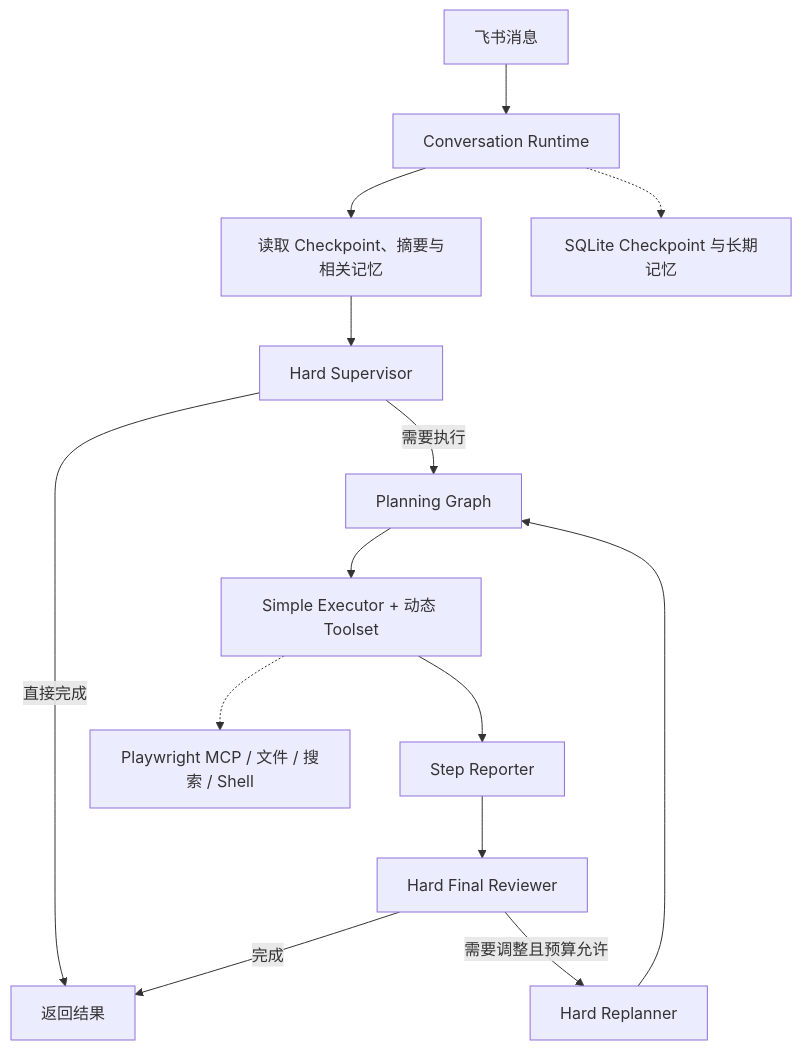
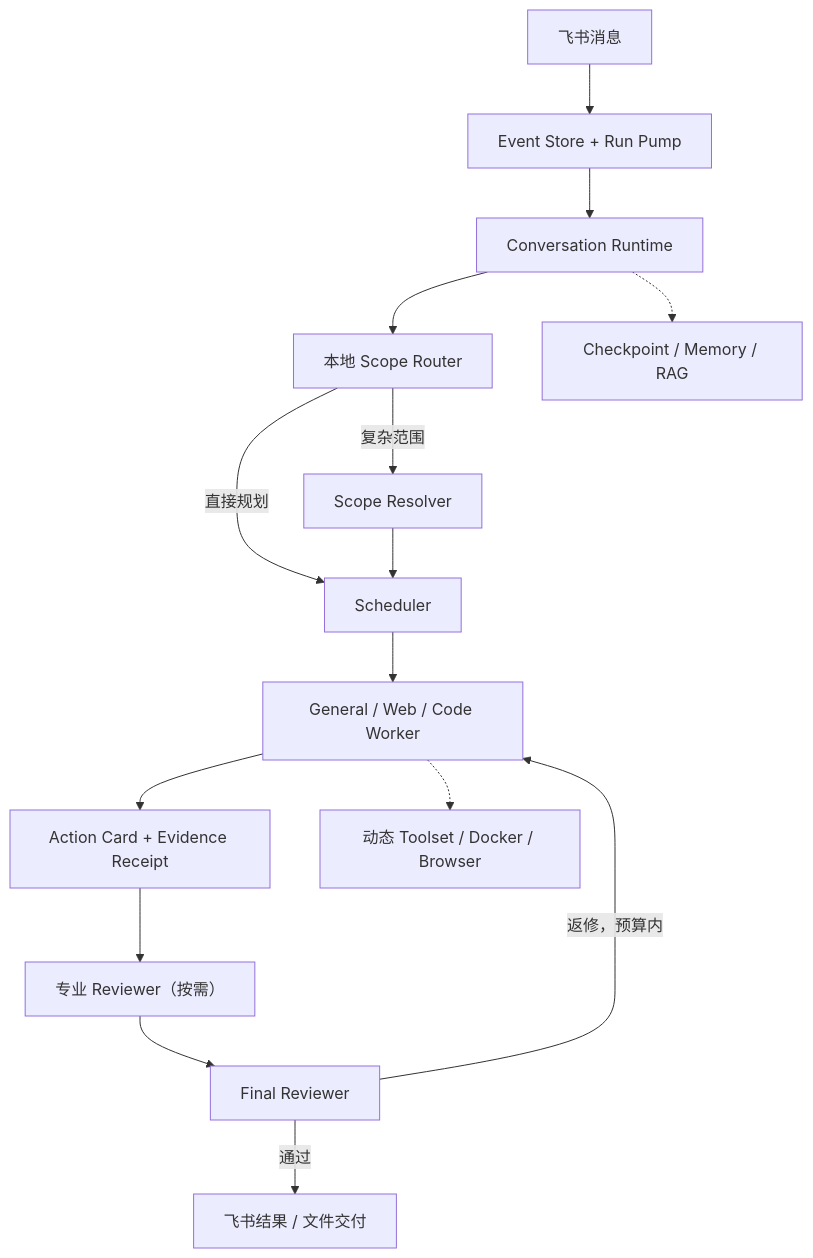
One commit to Huanz86251/personalops-agent changed the diagram in README.md. Above: the diagram before and after it, drawn with Mermaid. The commit also changed other lines of this file and 507 other files, not shown here.

Commit message:
Publish PersonalOps runtime and RAG workflow

````diff
--- a/README.md
+++ b/README.md
@@ -130,16 +213,17 @@
 ```mermaid
 flowchart TD
-    A["飞书消息"] --> B["Conversation Runtime"]
-    B --> C["读取 Checkpoint、摘要与相关记忆"]
-    C --> D["Hard Supervisor"]
-    D -->|直接完成| H["返回结果"]
-    D -->|需要执行| E["Planning Graph"]
-    E --> F["Simple Executor + 动态 Toolset"]
-    F --> G["Step Reporter"]
-    G --> I["Hard Final Reviewer"]
-    I -->|完成| H
-    I -->|需要调整且预算允许| J["Hard Replanner"]
-    J --> E
-    F -.-> K["Playwright MCP / 文件 / 搜索 / Shell"]
-    B -.-> L["SQLite Checkpoint 与长期记忆"]
+    A["飞书消息"] --> A1["Event Store + Run Pump"]
+    A1 --> B["Conversation Runtime"]
+    B --> C["本地 Scope Router"]
+    C -->|复杂范围| D["Scope Resolver"]
+    C -->|直接规划| E["Scheduler"]
+    D --> E
+    E --> F["General / Web / Code Worker"]
+    F --> G["Action Card + Evidence Receipt"]
+    G --> H["专业 Reviewer（按需）"]
+    H --> I["Final Reviewer"]
+    I -->|通过| J["飞书结果 / 文件交付"]
+    I -->|返修，预算内| F
+    B -.-> K["Checkpoint / Memory / RAG"]
+    F -.-> L["动态 Toolset / Docker / Browser"]
 ```
````
